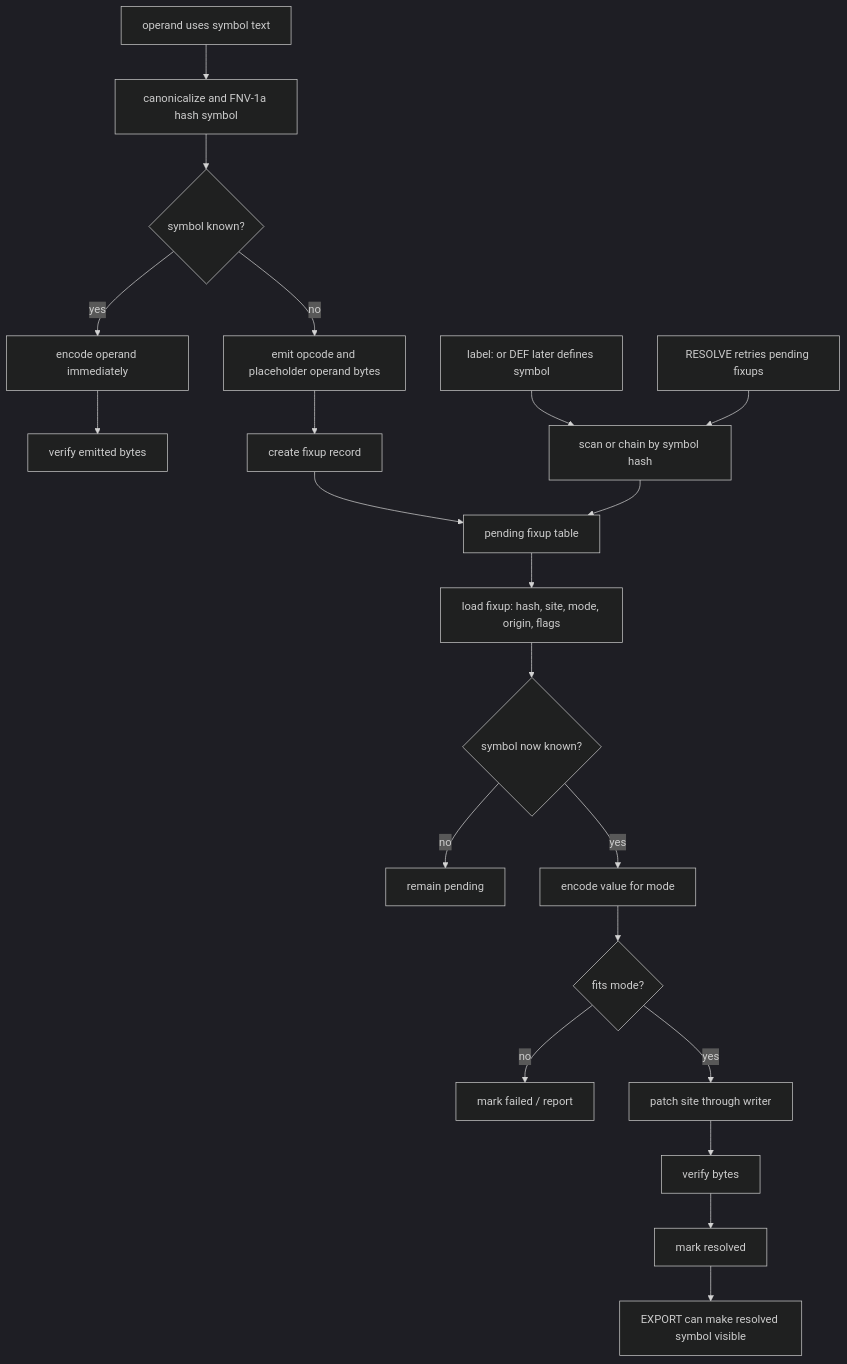
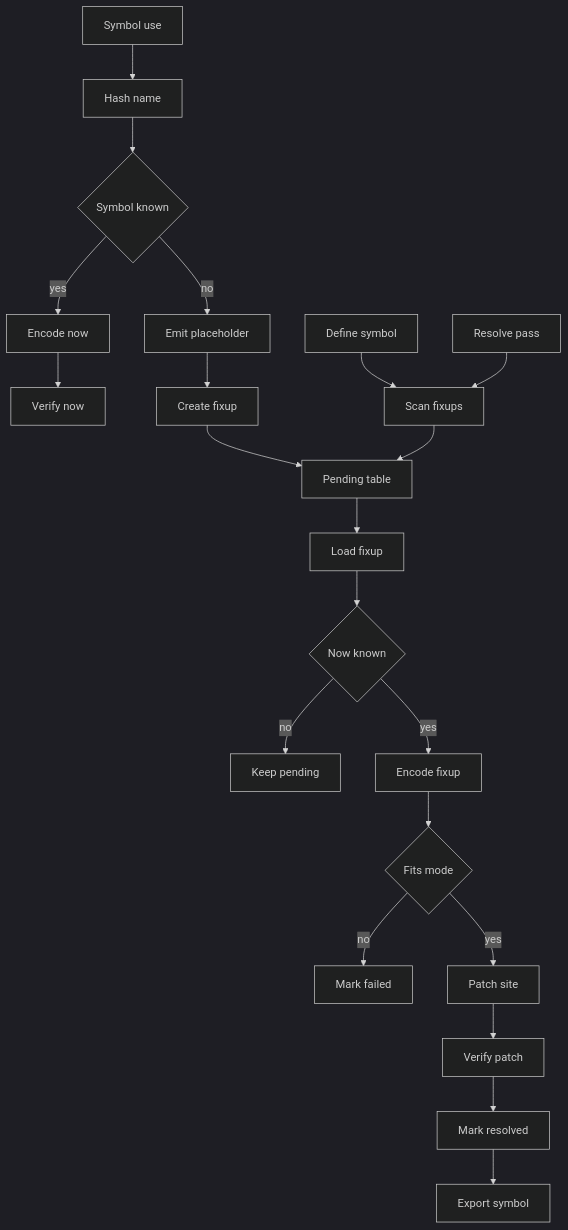
The third of 6 diagrams in DOC/GUIDES/ASM/HASHED_ASM.md (95westus/R-YORS), drawn with Mermaid (dark theme) before and after one commit. The commit also changed other lines of this file and 6 other files, not shown here.

````diff
--- a/DOC/GUIDES/ASM/HASHED_ASM.md
+++ b/DOC/GUIDES/ASM/HASHED_ASM.md
@@ -293,31 +2196,45 @@
 ```mermaid
 flowchart TD
-    USE[operand uses symbol text]
-    USE --> HASH[canonicalize and FNV-1a hash symbol]
-    HASH --> LOOKUP{symbol known?}
+    USE[Symbol use]
+    HASH[Hash name]
+    LOOKUP{Symbol known}
+    ENCNOW[Encode now]
+    VERIFYNOW[Verify now]
+    PLACE[Emit placeholder]
+    FIXREC[Create fixup]
+    PENDING[Pending table]
+    LABEL[Define symbol]
+    EXPORT[Export symbol]
+    RESOLVE[Resolve pass]
+    WAKE[Scan fixups]
+    LOADFIX[Load fixup]
+    LOOKUP2{Now known}
+    STILL[Keep pending]
+    ENCFIX[Encode fixup]
+    RANGE{Fits mode}
+    FAIL[Mark failed]
+    PATCH[Patch site]
+    VERIFY[Verify patch]
+    MARK[Mark resolved]
 
-    LOOKUP -->|yes| ENC_NOW[encode operand immediately]
-    ENC_NOW --> VERIFY_NOW[verify emitted bytes]
-
-    LOOKUP -->|no| PLACEHOLDER[emit opcode and placeholder operand bytes]
-    PLACEHOLDER --> FIXREC[create fixup record]
-    FIXREC --> PENDING[pending fixup table]
-
-    LABEL[label: or DEF later defines symbol]
-    EXPORT[EXPORT can make resolved symbol visible]
-    RESOLVE[RESOLVE retries pending fixups]
-    LABEL --> WAKE[scan or chain by symbol hash]
+    USE --> HASH
+    HASH --> LOOKUP
+    LOOKUP -->|yes| ENCNOW
+    ENCNOW --> VERIFYNOW
+    LOOKUP -->|no| PLACE
+    PLACE --> FIXREC
+    FIXREC --> PENDING
+    LABEL --> WAKE
     RESOLVE --> WAKE
     WAKE --> PENDING
-
-    PENDING --> LOADFIX[load fixup: hash, site, mode, origin, flags]
-    LOADFIX --> LOOKUP2{symbol now known?}
-    LOOKUP2 -->|no| STILL[remain pending]
-    LOOKUP2 -->|yes| ENCFIX[encode value for mode]
-    ENCFIX --> RANGE{fits mode?}
-    RANGE -->|no| FAIL[mark failed / report]
-    RANGE -->|yes| PATCH[patch site through writer]
-    PATCH --> VERIFY[verify bytes]
-    VERIFY --> MARK[mark resolved]
+    PENDING --> LOADFIX
+    LOADFIX --> LOOKUP2
+    LOOKUP2 -->|no| STILL
+    LOOKUP2 -->|yes| ENCFIX
+    ENCFIX --> RANGE
+    RANGE -->|no| FAIL
+    RANGE -->|yes| PATCH
+    PATCH --> VERIFY
+    VERIFY --> MARK
     MARK --> EXPORT
 ```
````
